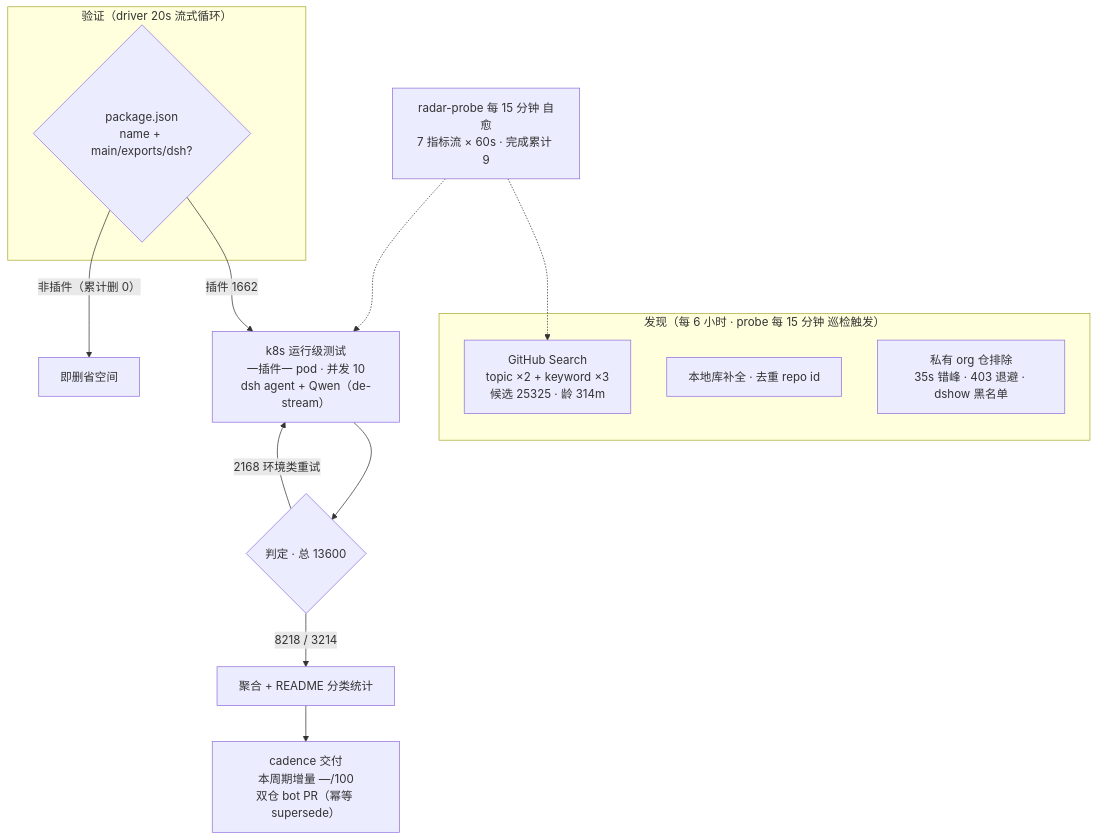
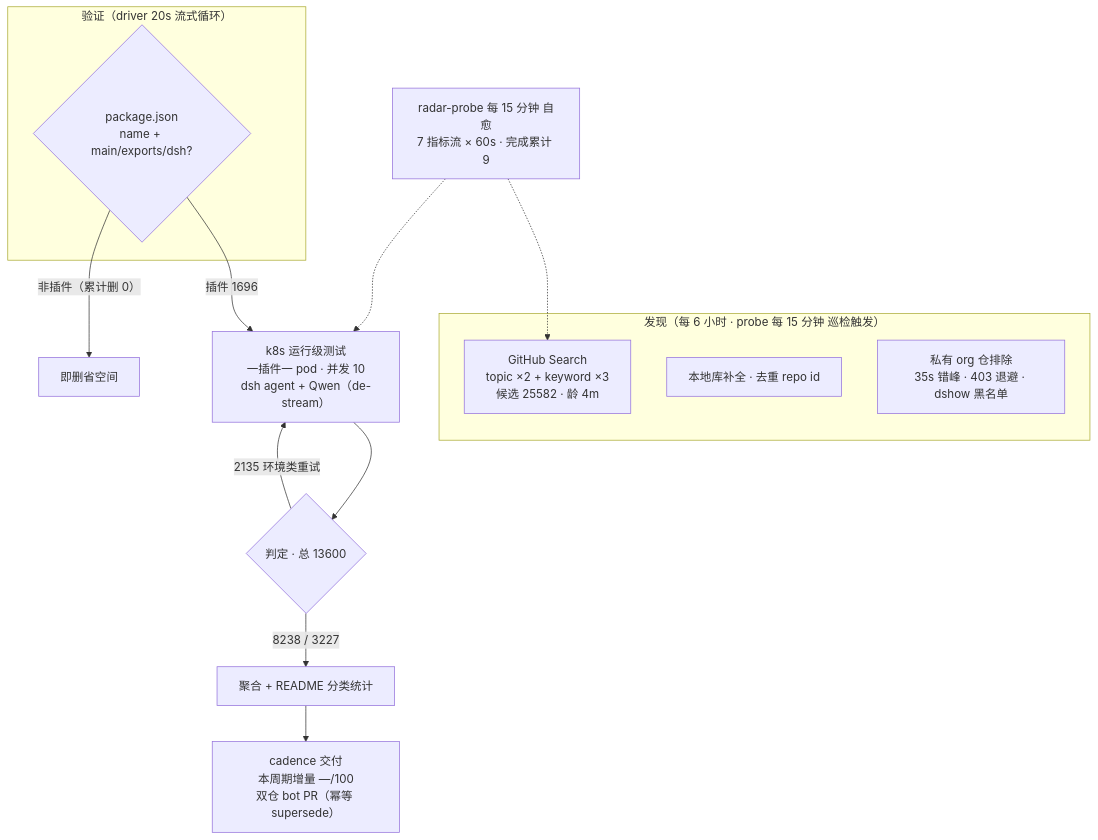
One commit to AdamPlatin123/dsh-plugin-radar changed the diagram in README.md. Above: the diagram before and after it, drawn with Mermaid. The commit also changed other lines of this file and 16 other files, not shown here.

````diff
--- a/README.md
+++ b/README.md
@@ -154,20 +156,20 @@
 ```mermaid
 flowchart TB
     subgraph Discovery["发现（每 6 小时 · probe 每 15 分钟 巡检触发）"]
-        A1["GitHub Search<br/>topic ×2 + keyword ×3<br/>候选 25325 · 龄 314m"]
+        A1["GitHub Search<br/>topic ×2 + keyword ×3<br/>候选 25582 · 龄 4m"]
         A2["本地库补全 · 去重 repo id"]
         A3["私有 org 仓排除<br/>35s 错峰 · 403 退避 · dshow 黑名单"]
     end
     subgraph Validation["验证（driver 20s 流式循环）"]
         B1{"package.json<br/>name + main/exports/dsh?"}
     end
-    B1 -->|"插件 1662"| C1["k8s 运行级测试<br/>一插件一 pod · 并发 10<br/>dsh agent + Qwen（de-stream）"]
+    B1 -->|"插件 1696"| C1["k8s 运行级测试<br/>一插件一 pod · 并发 10<br/>dsh agent + Qwen（de-stream）"]
     B1 -->|"非插件（累计删 0）"| B3["即删省空间"]
     C1 --> D1{"判定 · 总 13600"}
-    D1 -->|"8218 / 3214"| E1["聚合 + README 分类统计"]
-    D1 -->|"2168 环境类重试"| C1
+    D1 -->|"8238 / 3227"| E1["聚合 + README 分类统计"]
+    D1 -->|"2135 环境类重试"| C1
     E1 --> E2["cadence 交付<br/>本周期增量 —/100<br/>双仓 bot PR（幂等 supersede）"]
     M["radar-probe 每 15 分钟 自愈<br/>7 指标流 × 60s · 完成累计 9"]
     M -.-> A1
     M -.-> C1
 ```
````
